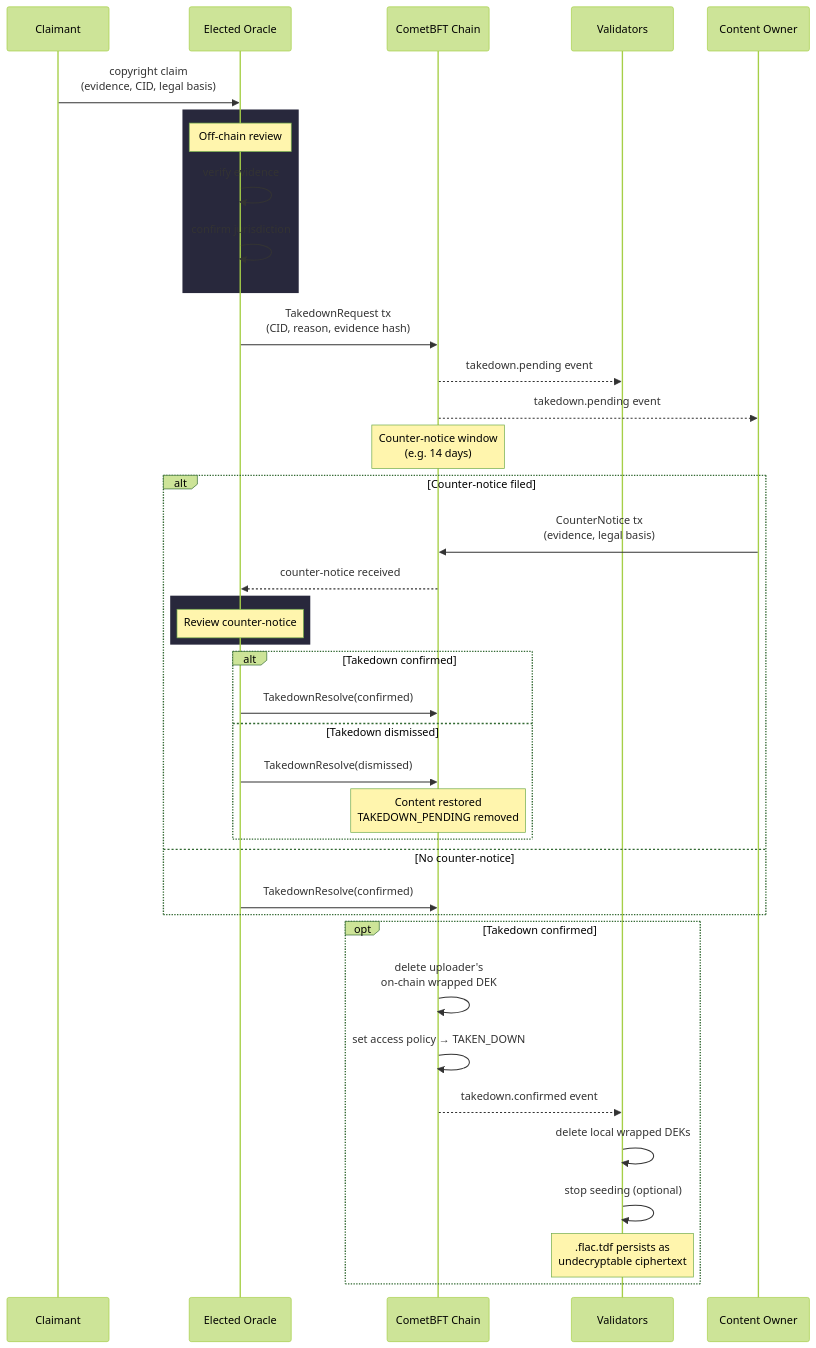
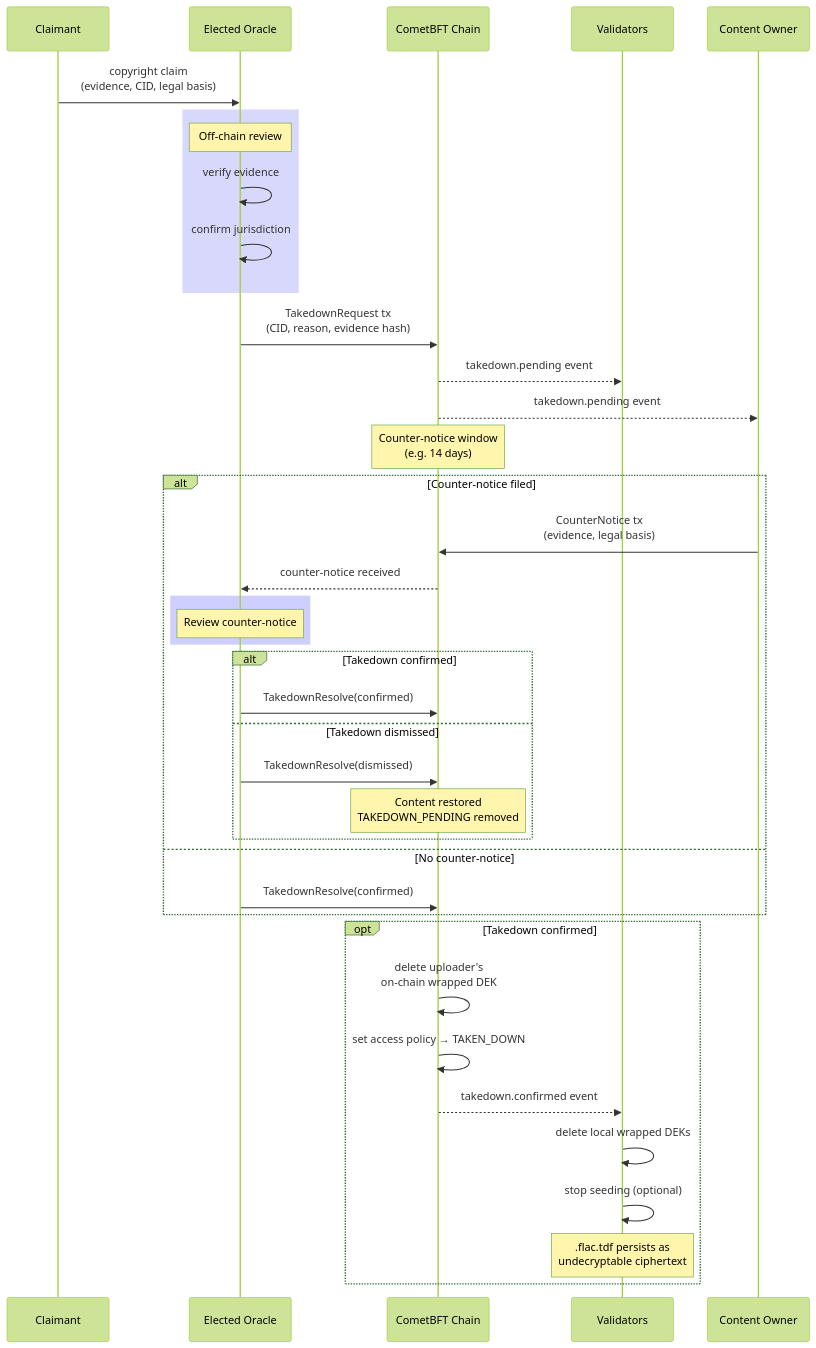
The diagram in docs/diagrams/takedown.mermaid (alecsavvy/mojave), drawn with Mermaid (forest theme) before and after one commit.

```diff
--- a/docs/diagrams/takedown.mermaid
+++ b/docs/diagrams/takedown.mermaid
@@ -1,48 +1,48 @@
 sequenceDiagram
     participant CL as Claimant
     participant OR as Elected Oracle
     participant Chain as CometBFT Chain
     participant VAL as Validators
     participant OWN as Content Owner
 
     CL->>OR: copyright claim<br/>(evidence, CID, legal basis)
 
-    rect rgb(40, 40, 60)
+    rect rgb(216, 216, 252)
         Note over OR: Off-chain review
         OR->>OR: verify evidence
         OR->>OR: confirm jurisdiction
     end
 
     OR->>Chain: TakedownRequest tx<br/>(CID, reason, evidence hash)
 
     Chain-->>VAL: takedown.pending event
     Chain-->>OWN: takedown.pending event
 
     Note over Chain: Counter-notice window<br/>(e.g. 14 days)
 
     alt Counter-notice filed
         OWN->>Chain: CounterNotice tx<br/>(evidence, legal basis)
         Chain-->>OR: counter-notice received
 
-        rect rgb(40, 40, 60)
+        rect rgb(206, 206, 255)
             Note over OR: Review counter-notice
         end
 
         alt Takedown confirmed
             OR->>Chain: TakedownResolve(confirmed)
         else Takedown dismissed
             OR->>Chain: TakedownResolve(dismissed)
             Note over Chain: Content restored<br/>TAKEDOWN_PENDING removed
         end
     else No counter-notice
         OR->>Chain: TakedownResolve(confirmed)
     end
 
     opt Takedown confirmed
         Chain->>Chain: delete uploader's<br/>on-chain wrapped DEK
         Chain->>Chain: set access policy → TAKEN_DOWN
         Chain-->>VAL: takedown.confirmed event
         VAL->>VAL: delete local wrapped DEKs
         VAL->>VAL: stop seeding (optional)
         Note over VAL: .flac.tdf persists as<br/>undecryptable ciphertext
     end
```
